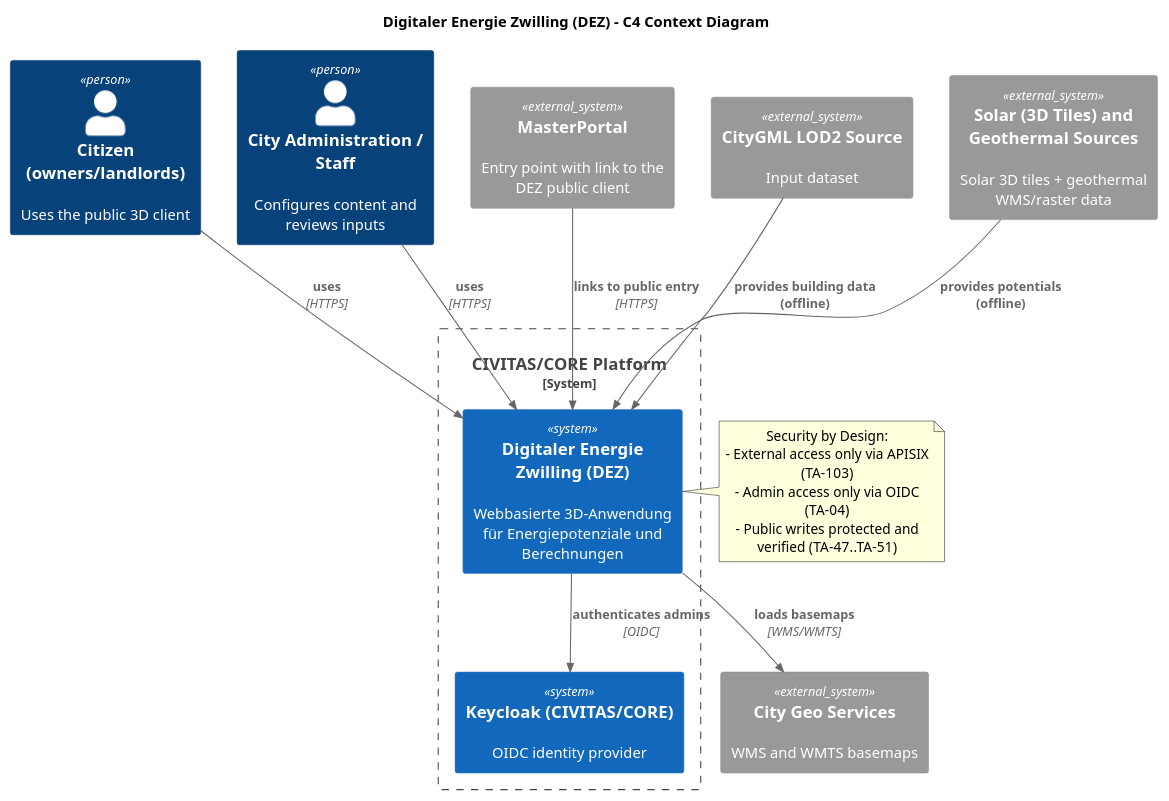
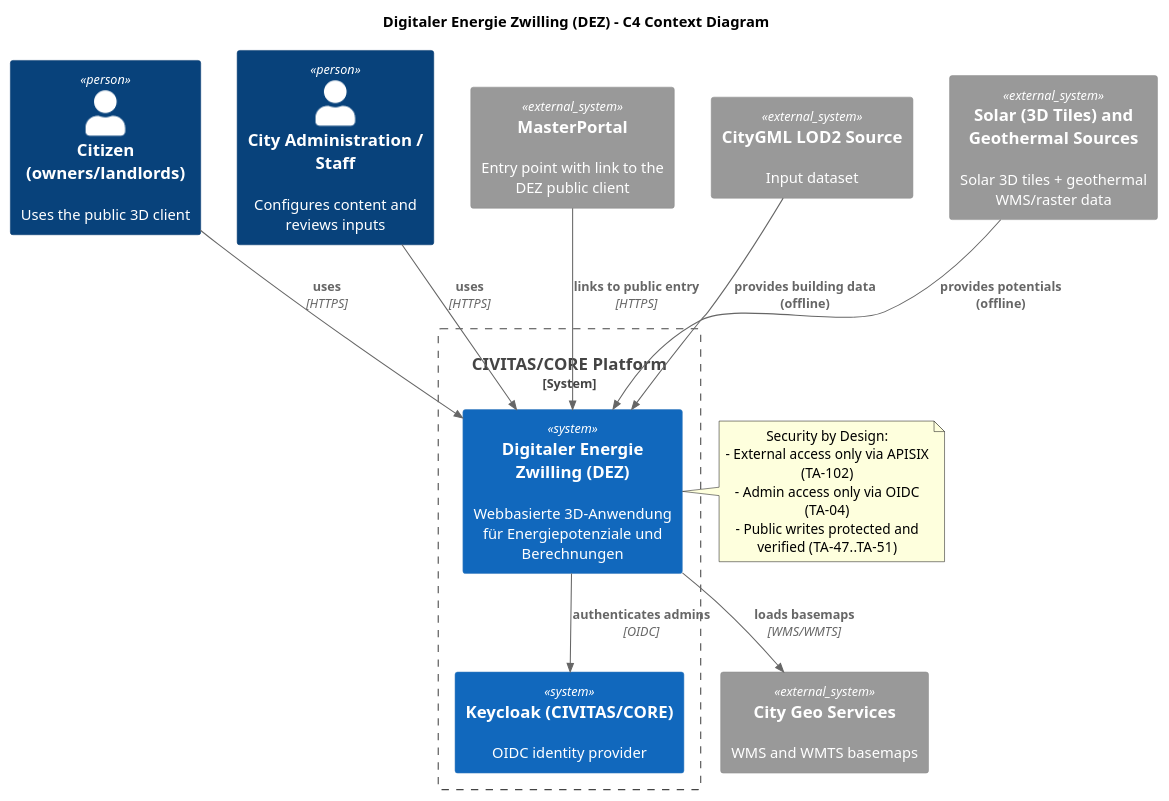
One commit to csi-FOXBYTE/Regensburg_DigitalerEnergieZwilling_Backend changed the diagram in docs/architecture/raw/c4-context.puml. Above: the diagram before and after it, drawn with PlantUML. The commit also changed 12 other files, not shown here.

Commit message:
docs: update roadmap, metadata, contacts, testing, data persistence

```diff
--- a/docs/architecture/raw/c4-context.puml
+++ b/docs/architecture/raw/c4-context.puml
@@ -1,34 +1,34 @@
 @startuml
 !includeurl https://raw.githubusercontent.com/plantuml-stdlib/C4-PlantUML/master/C4_Context.puml
 
 title Digitaler Energie Zwilling (DEZ) - C4 Context Diagram
 
 Person(citizen, "Citizen (owners/landlords)", "Uses the public 3D client")
 Person(admin, "City Administration / Staff", "Configures content and reviews inputs")
 
 System_Boundary(civitas, "CIVITAS/CORE Platform") {
   System(det, "Digitaler Energie Zwilling (DEZ)", "Webbasierte 3D-Anwendung für Energiepotenziale und Berechnungen")
   System(idp, "Keycloak (CIVITAS/CORE)", "OIDC identity provider")
 }
 
 System_Ext(geo, "City Geo Services", "WMS and WMTS basemaps")
 System_Ext(masterportal, "MasterPortal", "Entry point with link to the DEZ public client")
 System_Ext(citygml, "CityGML LOD2 Source", "Input dataset")
 System_Ext(potentials, "Solar (3D Tiles) and Geothermal Sources", "Solar 3D tiles + geothermal WMS/raster data")
 
 Rel(citizen, det, "uses", "HTTPS")
 Rel(admin, det, "uses", "HTTPS")
 Rel(masterportal, det, "links to public entry", "HTTPS")
 Rel(det, idp, "authenticates admins", "OIDC")
 Rel(det, geo, "loads basemaps", "WMS/WMTS")
 Rel(citygml, det, "provides building data (offline)")
 Rel(potentials, det, "provides potentials (offline)")
 
 note right of det
 Security by Design:
-- External access only via APISIX (TA-103)
+- External access only via APISIX (TA-102)
 - Admin access only via OIDC (TA-04)
 - Public writes protected and verified (TA-47..TA-51)
 end note
 
 @enduml
```
